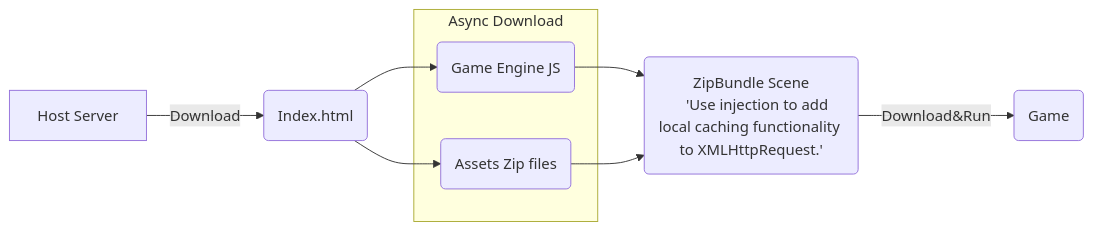
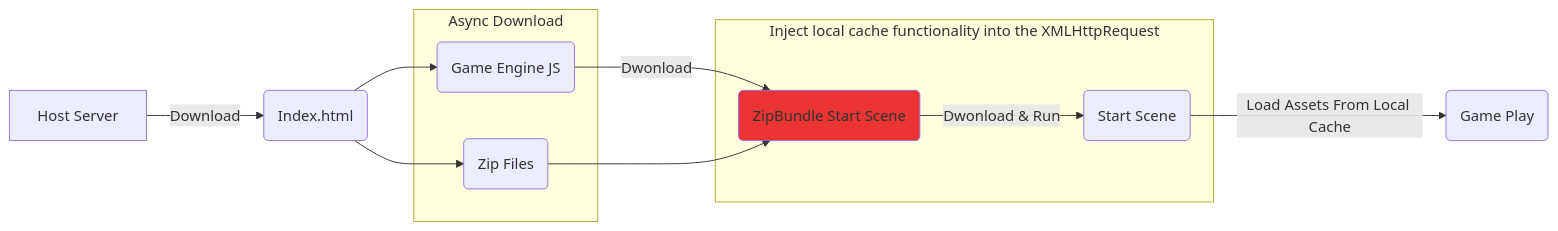
Before and after one commit to BricL/CC3.WebZipBundle: the third of 3 diagrams in README-CN.md, drawn with Mermaid. The commit also changed other lines of this file and 1 other file, not shown here.

Commit message:
Fix typos and improve flowchart clarity in README files for ZipBundle functionality

````diff
--- a/README-CN.md
+++ b/README-CN.md
@@ -67,13 +67,18 @@
 ```mermaid
 flowchart LR
     subgraph Async Download
         C(Game Engine JS)
         D(ZipBundle Scene)
     end
 
     A[Host Server] -->|Download| B(Index.html)
-    B --> C(Game Engine JS) & D(Assets Zip files)
-    C & D --> E("ZipBundle Scene
-    'Use injection to add local caching functionality to XMLHttpRequest.'")
-    E -- Download&Run --> F(Game)
+    B --> C(Game Engine JS) & D(Zip Files)
+    C --> |Dwonload| E(ZipBundle Start Scene)
+    D --> E
+    subgraph "Inject local cache functionality into the XMLHttpRequest"
+    E -->|Dwonload & Run| F(Start Scene)
+    end
+    F -->|Load Assets From Local Cache| G(Game Play)
+
+    style E fill:#eb3434
 ```
````
